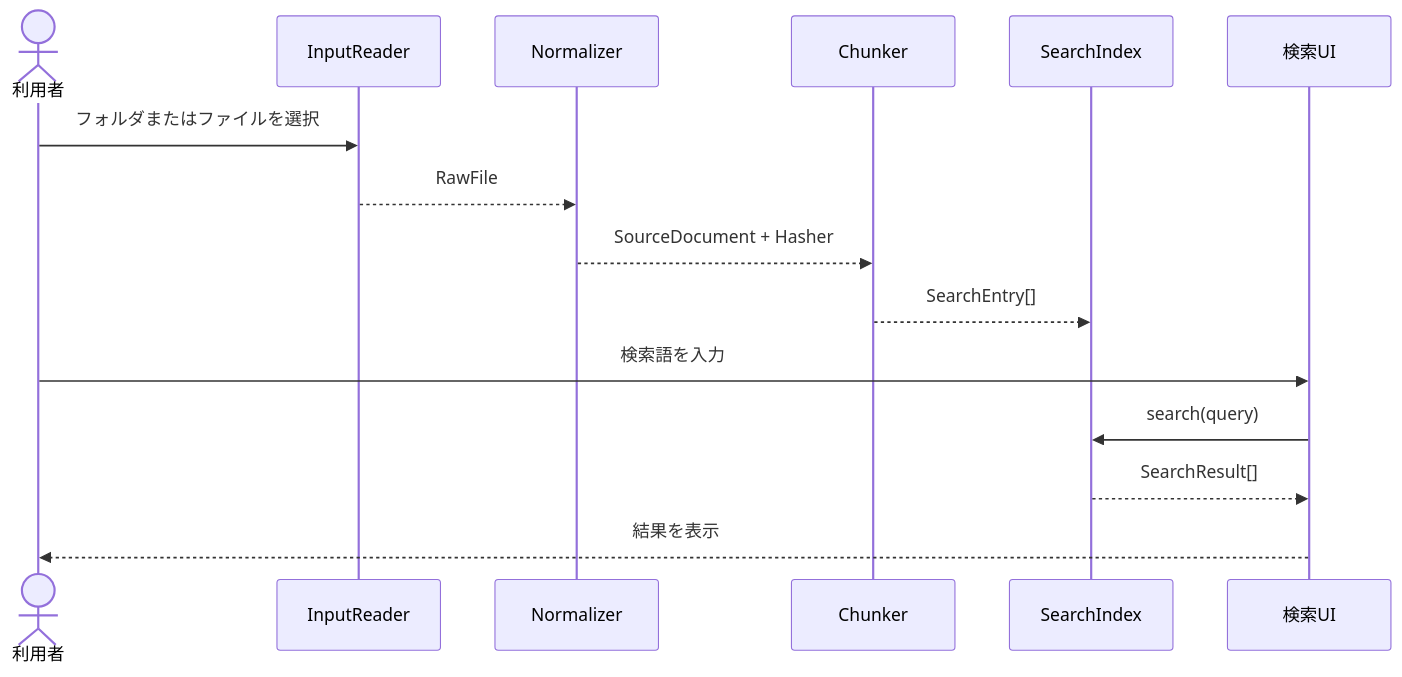
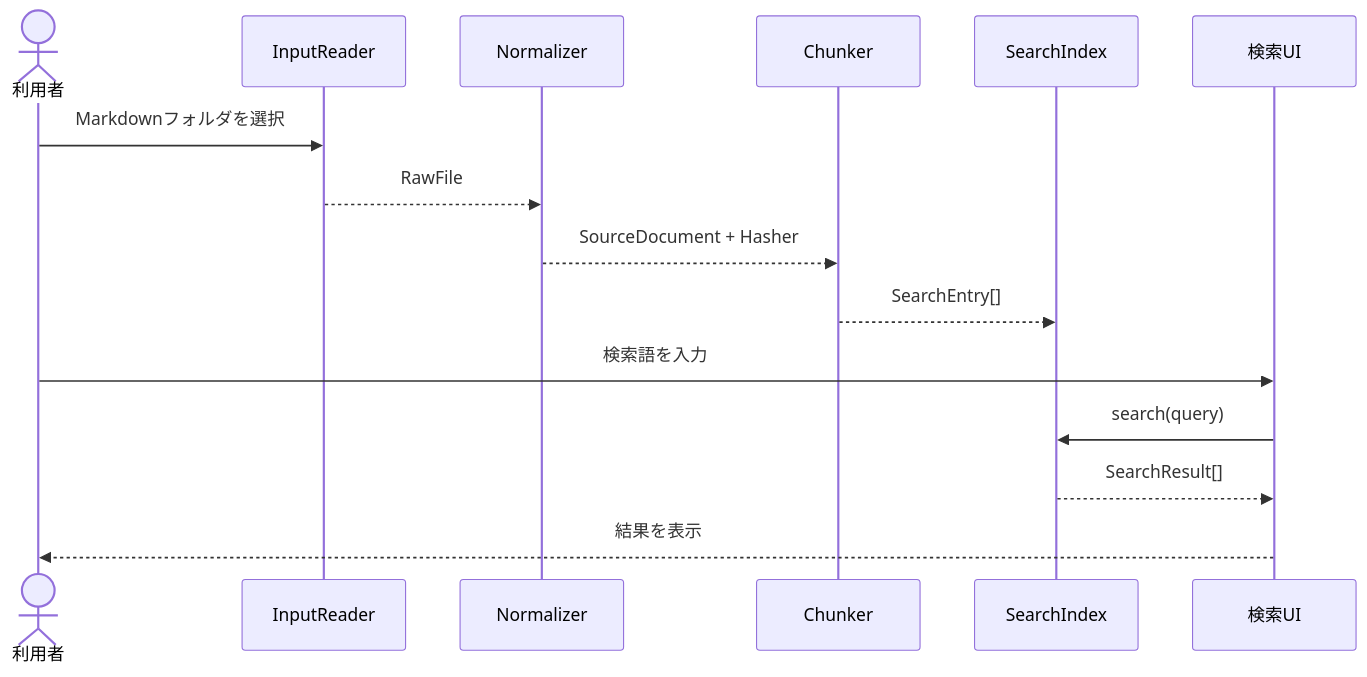
The diagram in docs/design/APP-DD-001_Local-Semantic-Memory.md (xzyozi/Mnemo_Local), drawn with Mermaid before and after one commit. The commit also changed other lines of this file, not shown here.

````diff
--- a/docs/design/APP-DD-001_Local-Semantic-Memory.md
+++ b/docs/design/APP-DD-001_Local-Semantic-Memory.md
@@ -179,18 +184,18 @@
 ```mermaid
 sequenceDiagram
     actor User as 利用者
     participant Reader as InputReader
     participant Normalizer
     participant Chunker
     participant Index as SearchIndex
     participant UI as 検索UI
 
-    User->>Reader: フォルダまたはファイルを選択
+    User->>Reader: Markdownフォルダを選択
     Reader-->>Normalizer: RawFile
     Normalizer-->>Chunker: SourceDocument + Hasher
     Chunker-->>Index: SearchEntry[]
     User->>UI: 検索語を入力
     UI->>Index: search(query)
     Index-->>UI: SearchResult[]
     UI-->>User: 結果を表示
 ```
````
